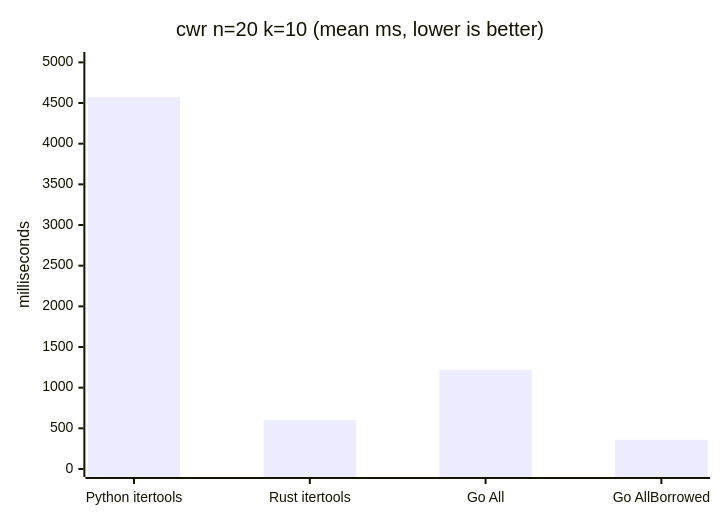
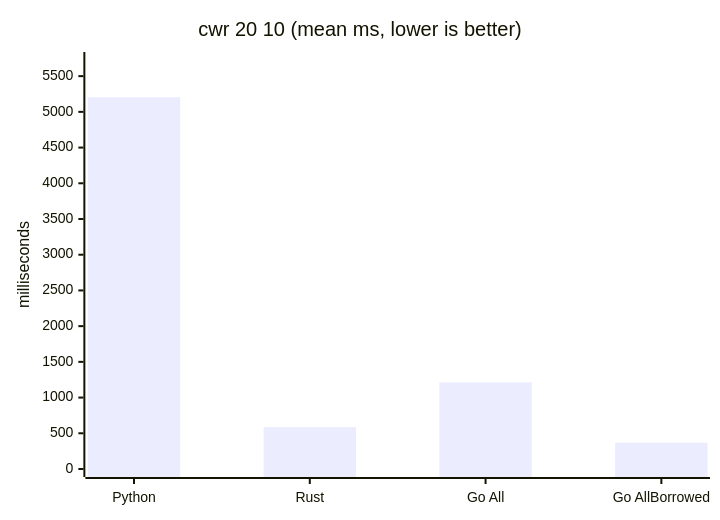
Before and after one commit to natemcintosh/gocombinatorics: the second of 8 diagrams in bench/RESULTS.md, drawn with Mermaid. The commit also changed other lines of this file and 4 other files, not shown here.

````diff
--- a/bench/RESULTS.md
+++ b/bench/RESULTS.md
@@ -66,7 +74,7 @@
 ```mermaid
 xychart-beta
-    title "cwr n=20 k=10 (mean ms, lower is better)"
-    x-axis ["Python itertools", "Rust itertools", "Go All", "Go AllBorrowed"]
-    y-axis "milliseconds" 0 --> 5029
-    bar [4572.1, 602.5, 1220.0, 358.7]
+    title "cwr 20 10 (mean ms, lower is better)"
+    x-axis ["Python", "Rust", "Go All", "Go AllBorrowed"]
+    y-axis "milliseconds" 0 --> 5726
+    bar [5205.3, 586.4, 1213.5, 369.2]
 ```
````
